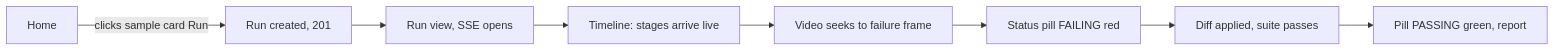
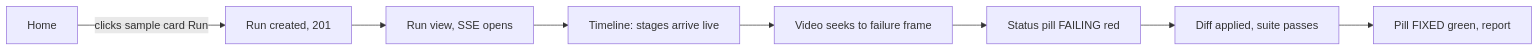
One commit to priyanshu2007-cmd/Replay changed the first of 3 diagrams in docs/design/userflow.md. Above: the diagram before and after it, drawn with Mermaid. The commit also changed 21 other files, not shown here.

````diff
--- a/docs/design/userflow.md
+++ b/docs/design/userflow.md
@@ -5,10 +5,10 @@
 ```mermaid
 graph LR
   A[Home] -->|clicks sample card Run| B[Run created, 201]
   B --> C[Run view, SSE opens]
   C --> D[Timeline: stages arrive live]
   D --> E[Video seeks to failure frame]
   E --> F[Status pill FAILING red]
   F --> G[Diff applied, suite passes]
-  G --> H[Pill PASSING green, report]
+  G --> H[Pill FIXED green, report]
 ```
````
